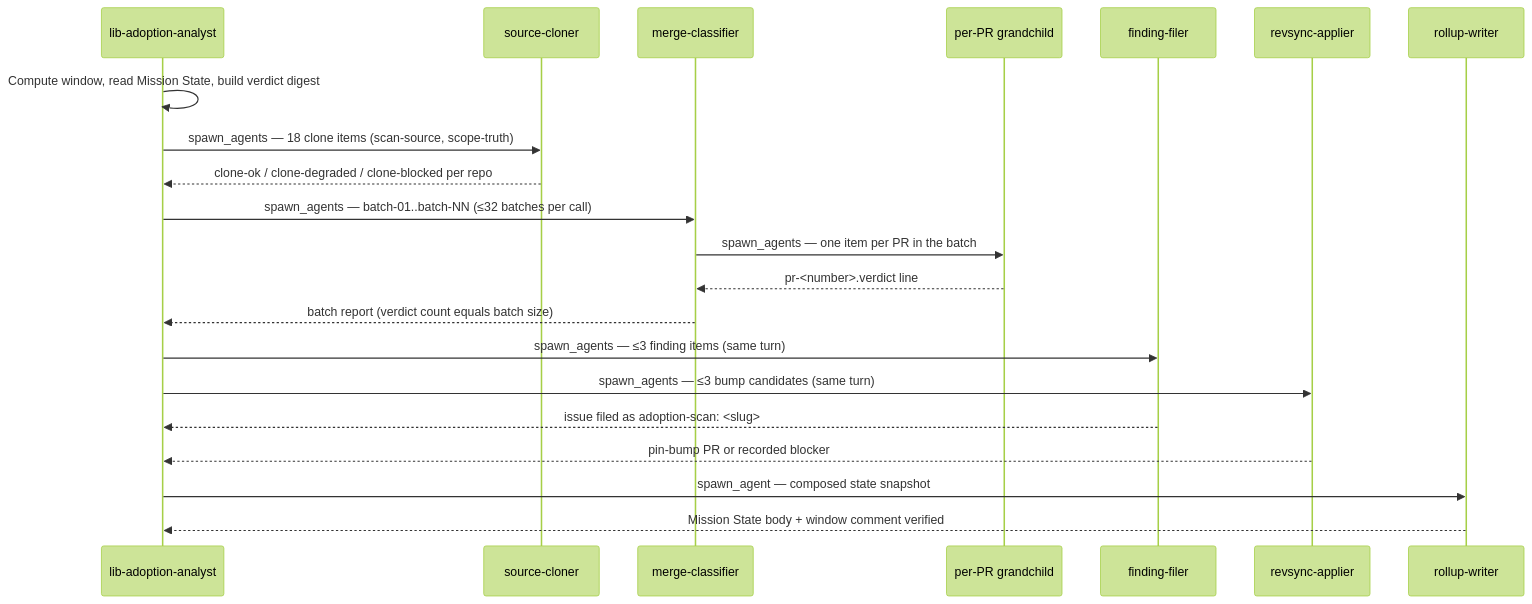
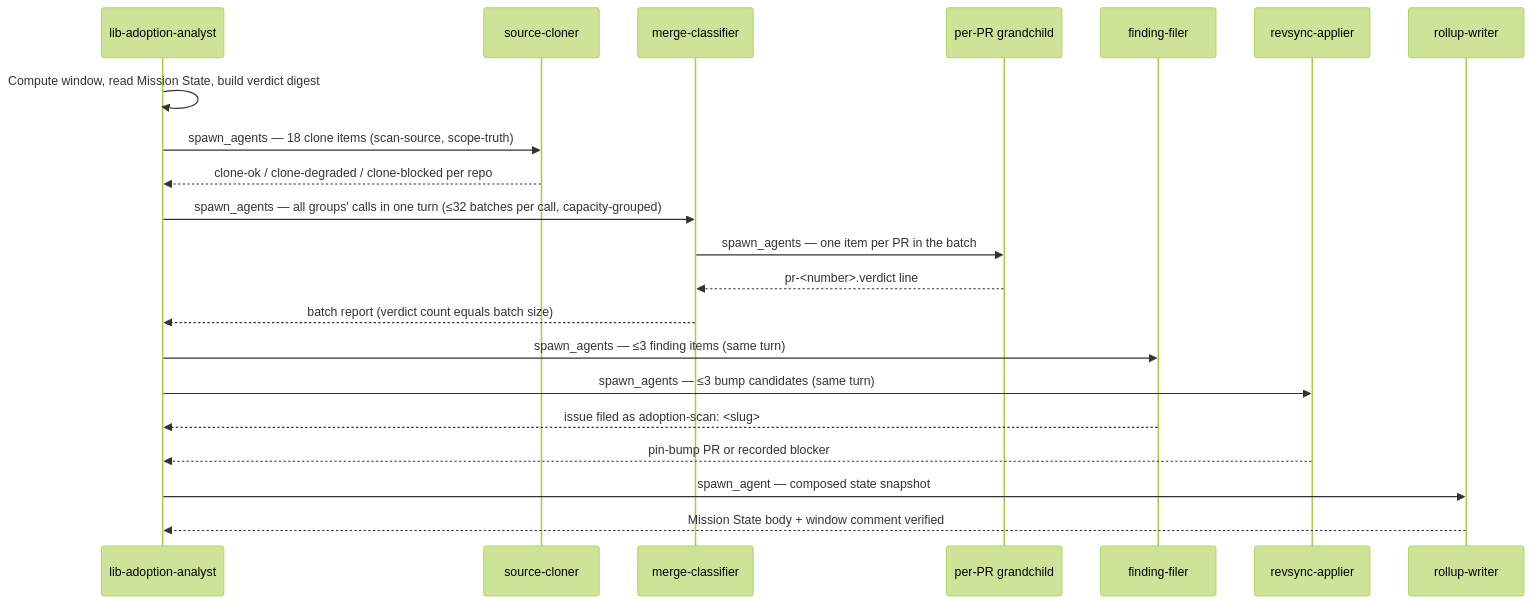
One commit to ahmedhosnypro/craft-libs-adoption changed the third of 12 diagrams in docs/workflow-diagrams.md. Above: the diagram before and after it, drawn with Mermaid (forest theme). The commit also changed other lines of this file and 6 other files, not shown here.

First line of the commit message:
fix(scan): capacity-grouped dispatch — smaller batches, one-turn calls, no wave barrier

````diff
--- a/docs/workflow-diagrams.md
+++ b/docs/workflow-diagrams.md
@@ -86,23 +86,23 @@
 ```mermaid
 sequenceDiagram
     participant O as lib-adoption-analyst
     participant C as source-cloner
     participant M as merge-classifier
     participant G as per-PR grandchild
     participant F as finding-filer
     participant A as revsync-applier
     participant R as rollup-writer
     O->>O: Compute window, read Mission State, build verdict digest
     O->>C: spawn_agents — 18 clone items (scan-source, scope-truth)
     C-->>O: clone-ok / clone-degraded / clone-blocked per repo
-    O->>M: spawn_agents — batch-01..batch-NN (≤32 batches per call)
+    O->>M: spawn_agents — all groups' calls in one turn (≤32 batches per call, capacity-grouped)
     M->>G: spawn_agents — one item per PR in the batch
     G-->>M: pr-<number>.verdict line
     M-->>O: batch report (verdict count equals batch size)
     O->>F: spawn_agents — ≤3 finding items (same turn)
     O->>A: spawn_agents — ≤3 bump candidates (same turn)
     F-->>O: issue filed as adoption-scan: <slug>
     A-->>O: pin-bump PR or recorded blocker
     O->>R: spawn_agent — composed state snapshot
     R-->>O: Mission State body + window comment verified
 ```
````
